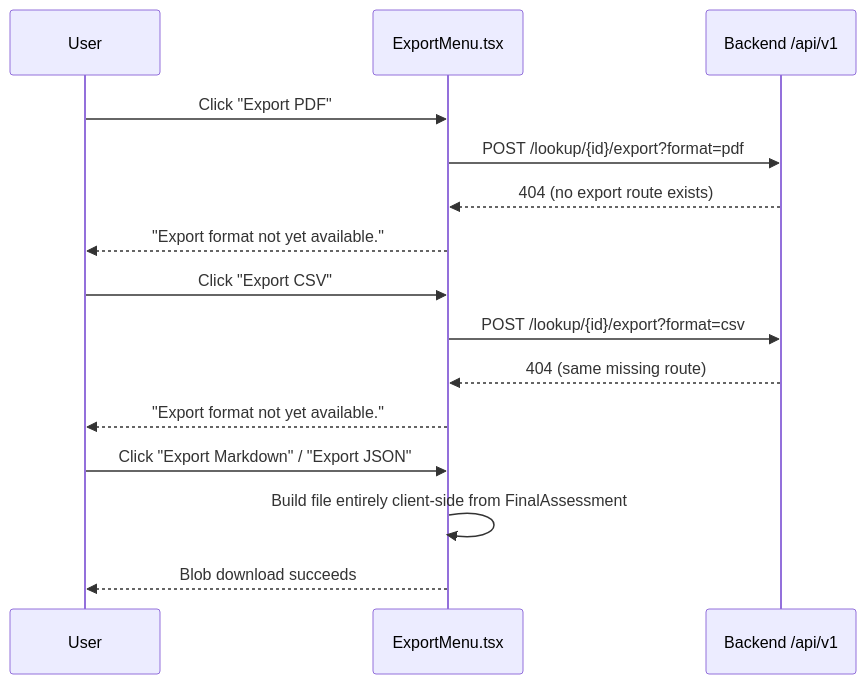
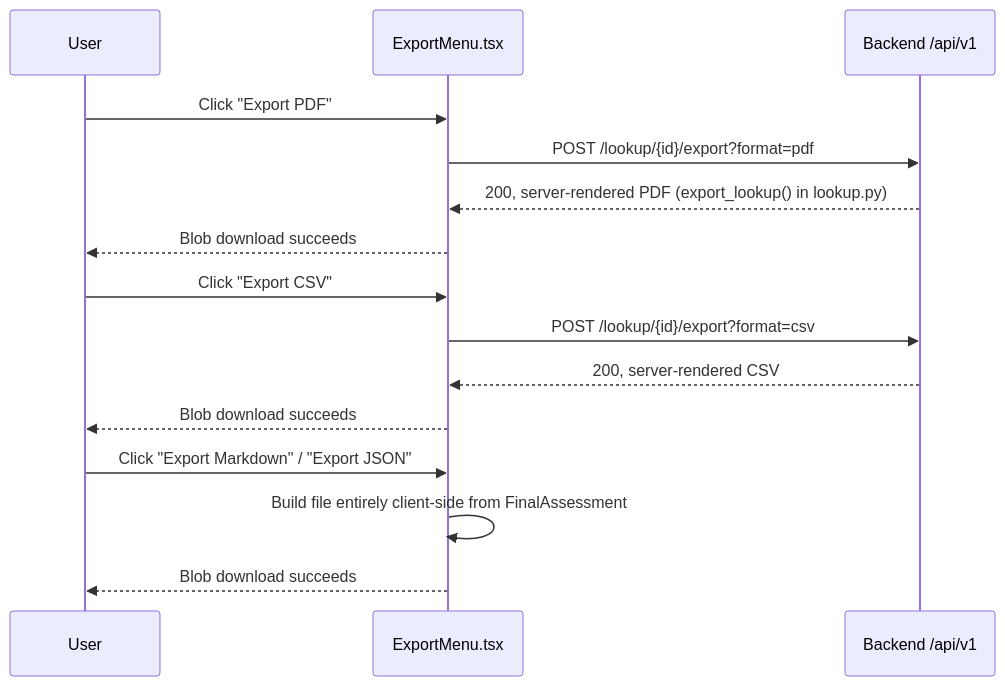
The diagram in docs/DOCUMENTATION_GAPS.md (neshboy/horizon-grid), drawn with Mermaid before and after one commit. The commit also changed other lines of this file and 101 other files, not shown here.

````diff
--- a/docs/DOCUMENTATION_GAPS.md
+++ b/docs/DOCUMENTATION_GAPS.md
@@ -100,20 +100,20 @@
 ```mermaid
 sequenceDiagram
     participant User
     participant ExportMenu as ExportMenu.tsx
     participant API as Backend /api/v1
 
     User->>ExportMenu: Click "Export PDF"
     ExportMenu->>API: POST /lookup/{id}/export?format=pdf
-    API-->>ExportMenu: 404 (no export route exists)
-    ExportMenu-->>User: "Export format not yet available."
+    API-->>ExportMenu: 200, server-rendered PDF (export_lookup() in lookup.py)
+    ExportMenu-->>User: Blob download succeeds
 
     User->>ExportMenu: Click "Export CSV"
     ExportMenu->>API: POST /lookup/{id}/export?format=csv
-    API-->>ExportMenu: 404 (same missing route)
-    ExportMenu-->>User: "Export format not yet available."
+    API-->>ExportMenu: 200, server-rendered CSV
+    ExportMenu-->>User: Blob download succeeds
 
     User->>ExportMenu: Click "Export Markdown" / "Export JSON"
     ExportMenu->>ExportMenu: Build file entirely client-side from FinalAssessment
     ExportMenu-->>User: Blob download succeeds
 ```
````
